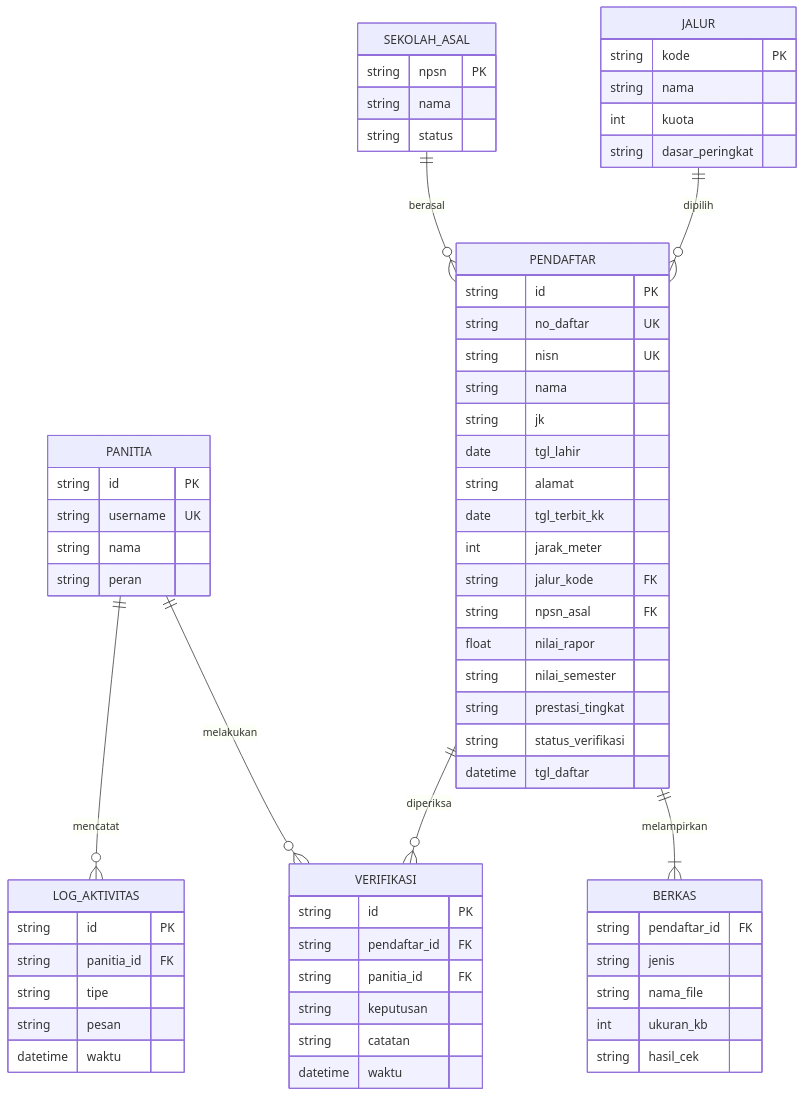
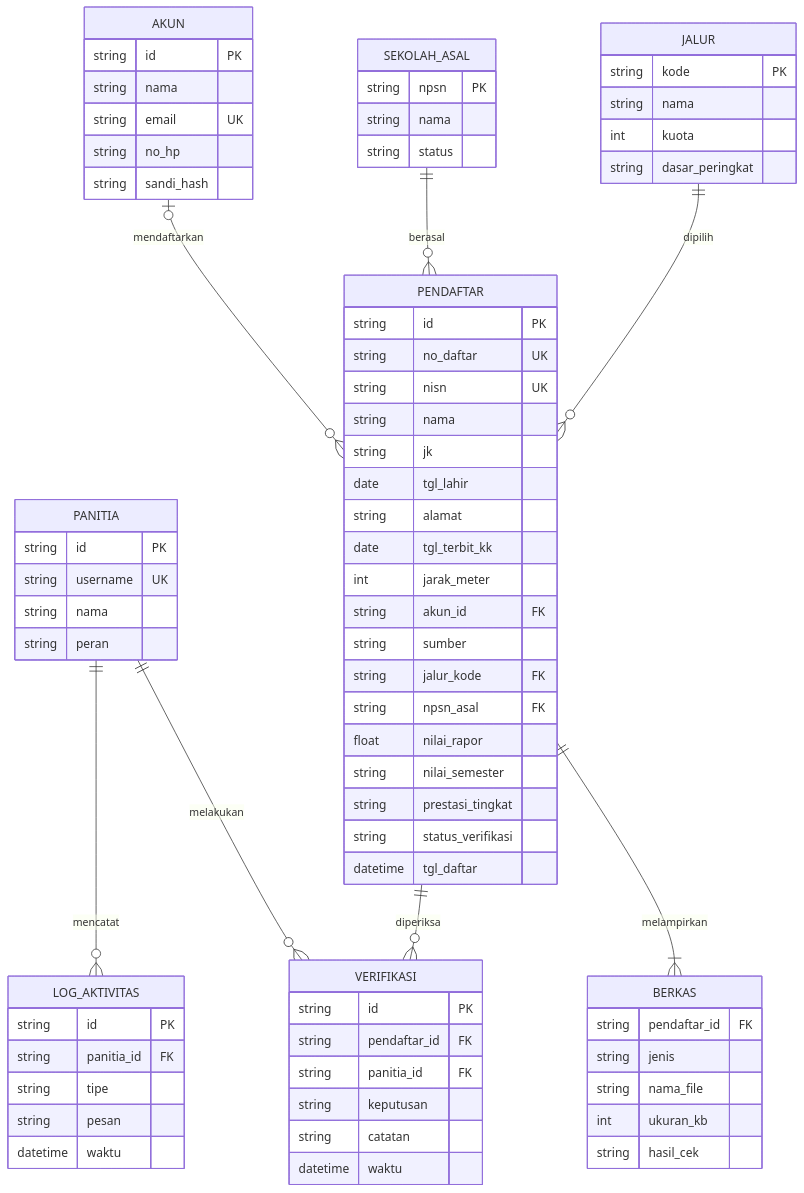
The seventh of 7 diagrams in docs/perancangan.md (nurdinrhk-design/PROGRAMWEB_2), drawn with Mermaid before and after one commit. The commit also changed other lines of this file and 32 other files, not shown here.

````diff
--- a/docs/perancangan.md
+++ b/docs/perancangan.md
@@ -217,67 +240,77 @@
 ```mermaid
 erDiagram
     PANITIA ||--o{ VERIFIKASI : melakukan
     PANITIA ||--o{ LOG_AKTIVITAS : mencatat
     JALUR ||--o{ PENDAFTAR : dipilih
     SEKOLAH_ASAL ||--o{ PENDAFTAR : berasal
     PENDAFTAR ||--|{ BERKAS : melampirkan
     PENDAFTAR ||--o{ VERIFIKASI : diperiksa
+    AKUN |o--o{ PENDAFTAR : mendaftarkan
+    AKUN {
+        string id PK
+        string nama
+        string email UK
+        string no_hp
+        string sandi_hash
+    }
 
     PANITIA {
         string id PK
         string username UK
         string nama
         string peran
     }
     JALUR {
         string kode PK
         string nama
         int kuota
         string dasar_peringkat
     }
     SEKOLAH_ASAL {
         string npsn PK
         string nama
         string status
     }
     PENDAFTAR {
         string id PK
         string no_daftar UK
         string nisn UK
         string nama
         string jk
         date tgl_lahir
         string alamat
         date tgl_terbit_kk
         int jarak_meter
+        string akun_id FK
+        string sumber
         string jalur_kode FK
         string npsn_asal FK
         float nilai_rapor
         string nilai_semester
         string prestasi_tingkat
         string status_verifikasi
         datetime tgl_daftar
     }
     BERKAS {
         string pendaftar_id FK
         string jenis
         string nama_file
         int ukuran_kb
         string hasil_cek
     }
     VERIFIKASI {
         string id PK
         string pendaftar_id FK
         string panitia_id FK
         string keputusan
         string catatan
         datetime waktu
     }
     LOG_AKTIVITAS {
         string id PK
         string panitia_id FK
         string tipe
         string pesan
         datetime waktu
     }
 ```
````
